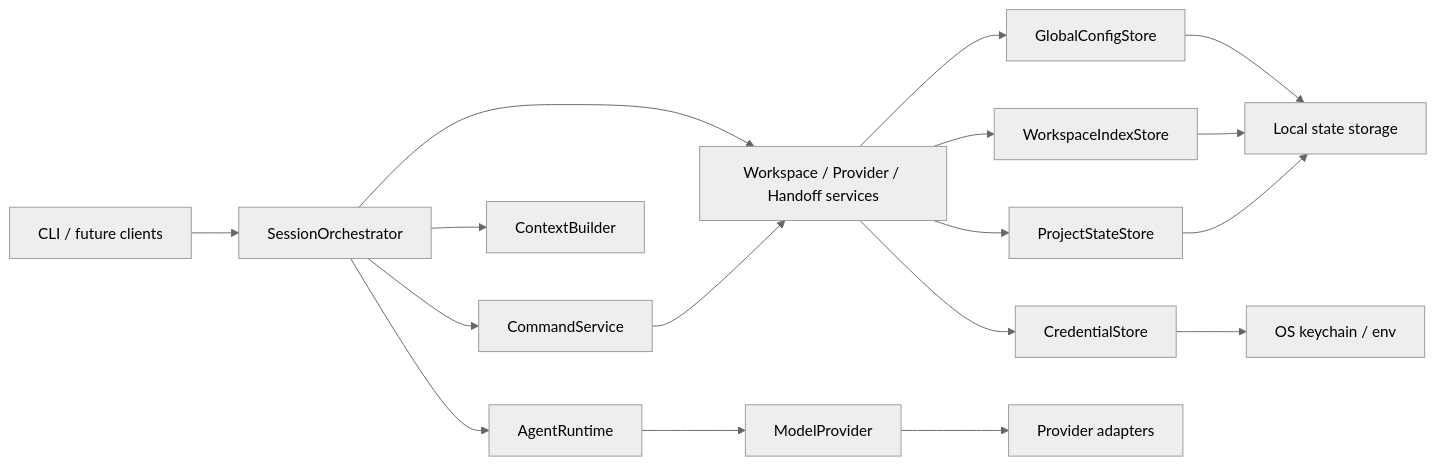
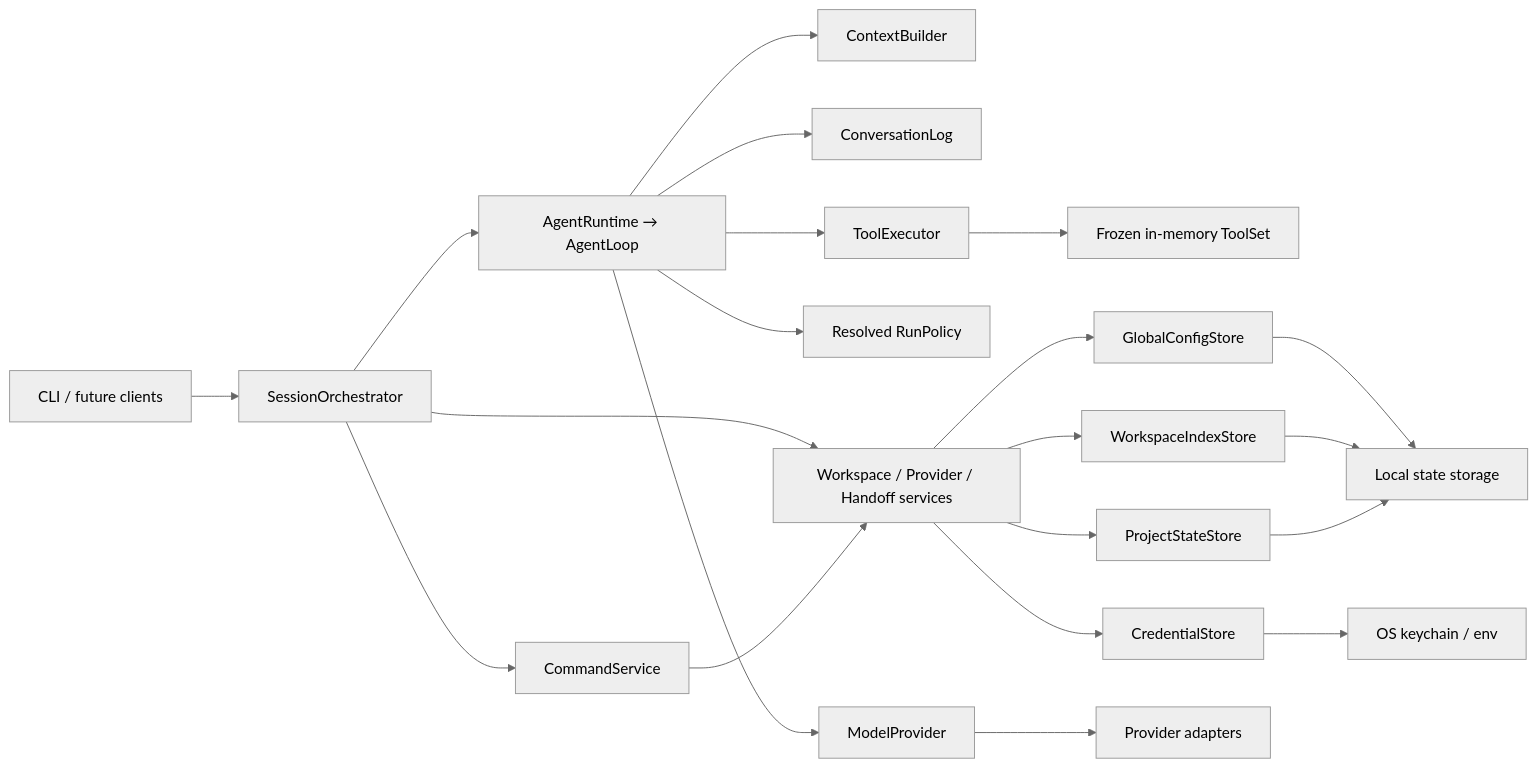
One commit to Maxuix/morrow-agent changed the diagram in docs/ARCHITECTURE.md. Above: the diagram before and after it, drawn with Mermaid (neutral theme). The commit also changed other lines of this file and 67 other files, not shown here.

````diff
--- a/docs/ARCHITECTURE.md
+++ b/docs/ARCHITECTURE.md
@@ -20,19 +20,23 @@
 ```mermaid
 flowchart LR
     UI["CLI / future clients"] --> ORCH["SessionOrchestrator"]
     ORCH --> COMMAND["CommandService"]
-    ORCH --> CONTEXT["ContextBuilder"]
-    ORCH --> RUNTIME["AgentRuntime"]
+    ORCH --> RUNTIME["AgentRuntime → AgentLoop"]
+    RUNTIME --> CONTEXT["ContextBuilder"]
+    RUNTIME --> LOG["ConversationLog"]
+    RUNTIME --> EXECUTOR["ToolExecutor"]
+    EXECUTOR --> TOOLSET["Frozen in-memory ToolSet"]
+    RUNTIME --> POLICY["Resolved RunPolicy"]
     ORCH --> SERVICE["Workspace / Provider / Handoff services"]
     COMMAND --> SERVICE
     RUNTIME --> PROVIDER["ModelProvider"]
     SERVICE --> GLOBAL["GlobalConfigStore"]
     SERVICE --> INDEX["WorkspaceIndexStore"]
     SERVICE --> STATE["ProjectStateStore"]
     SERVICE --> CREDENTIAL["CredentialStore"]
     PROVIDER --> ADAPTER["Provider adapters"]
     GLOBAL --> STORAGE["Local state storage"]
     INDEX --> STORAGE
     STATE --> STORAGE["Local state storage"]
     CREDENTIAL --> KEYCHAIN["OS keychain / env"]
 ```
````
